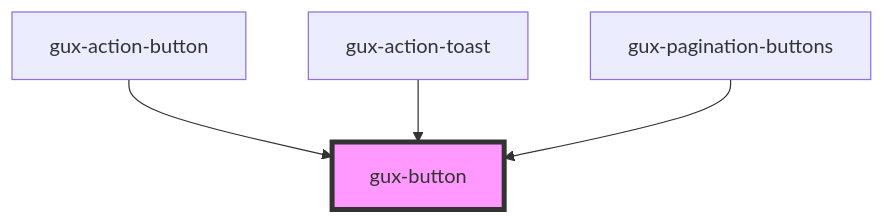
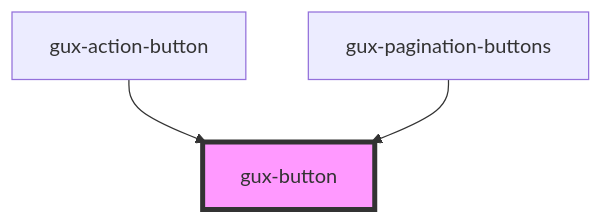
The diagram in src/components/gux-button/readme.md (MyPureCloud/genesys-spark), drawn with Mermaid before and after one commit. The commit also changed other lines of this file and 11 other files, not shown here.

First line of the commit message:
improvement(gux-action-toast): updated component api

````diff
--- a/src/components/gux-button/readme.md
+++ b/src/components/gux-button/readme.md
@@ -27,7 +26,6 @@
 ```mermaid
 graph TD;
   gux-action-button --> gux-button
-  gux-action-toast --> gux-button
   gux-pagination-buttons --> gux-button
   style gux-button fill:#f9f,stroke:#333,stroke-width:4px
 ```
````
